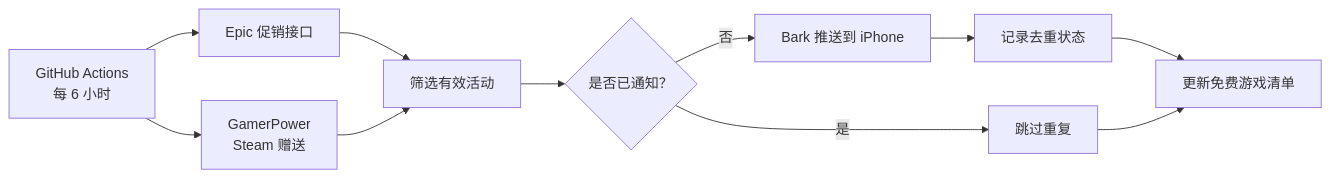
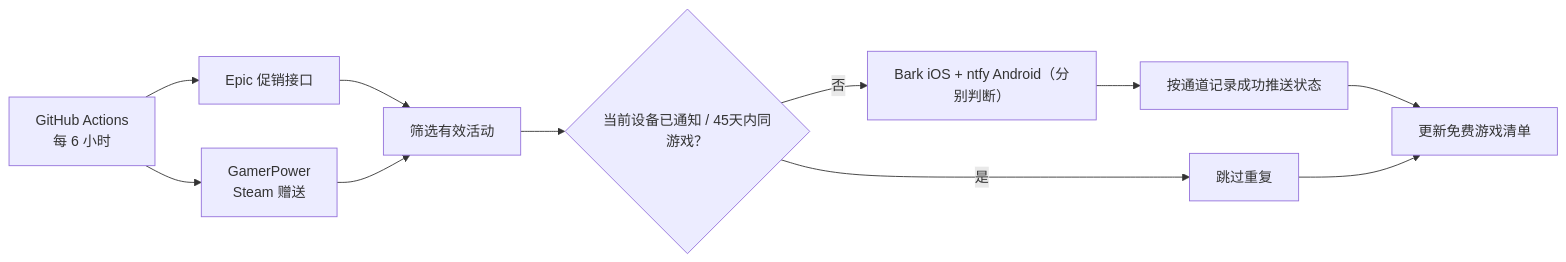
One commit to EpochTX/freegame changed the diagram in README.md. Above: the diagram before and after it, drawn with Mermaid. The commit also changed other lines of this file, not shown here.

Commit message:
docs: add Android ntfy quickstart and explain 45-day dual-channel dedup

````diff
--- a/README.md
+++ b/README.md
@@ -98,13 +101,13 @@
 ```mermaid
 flowchart LR
     A["GitHub Actions<br/>每 6 小时"] --> B["Epic 促销接口"]
     A --> C["GamerPower<br/>Steam 赠送"]
     B --> D["筛选有效活动"]
     C --> D
-    D --> E{"是否已通知？"}
-    E -->|否| F["Bark 推送到 iPhone"]
+    D --> E{"当前设备已通知 / 45天内同游戏？"}
+    E -->|否| F["Bark iOS + ntfy Android（分别判断）"]
     E -->|是| G["跳过重复"]
-    F --> H["记录去重状态"]
+    F --> H["按通道记录成功推送状态"]
     H --> I["更新免费游戏清单"]
     G --> I
 ```
````
